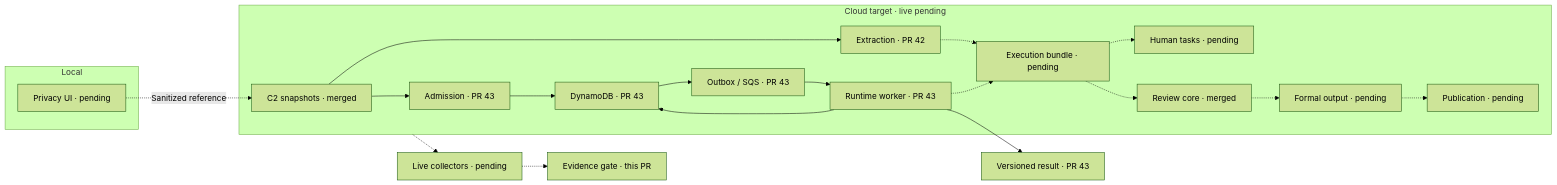
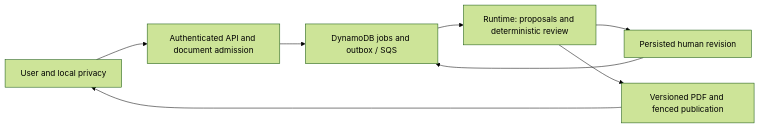
Before and after one commit to chengruchou/newtaipei-appraisal-review-ai: the second of 2 diagrams in docs/architecture.md, drawn with Mermaid (forest theme). The commit also changed other lines of this file and 42 other files, not shown here.

````diff
--- a/docs/architecture.md
+++ b/docs/architecture.md
@@ -5,24 +103,10 @@
 ```mermaid
 flowchart LR
-  subgraph Local
-    P["Privacy UI · pending"]
-  end
-  subgraph Cloud["Cloud target · live pending"]
-    D["C2 snapshots · merged"] --> E["Extraction · PR 42"]
-    D --> J["Admission · PR 43"]
-    J --> DB["DynamoDB · PR 43"]
-    DB --> Q["Outbox / SQS · PR 43"]
-    Q --> R["Runtime worker · PR 43"]
-    R --> DB
-    R -.-> B["Execution bundle · pending"]
-    E -.-> B
-    B -.-> H["Human tasks · pending"]
-    B -.-> V["Review core · merged"]
-    V -.-> W["Formal output · pending"]
-    W -.-> A["Publication · pending"]
-  end
-  P -.->|Sanitized reference| D
-  R --> S["Versioned result · PR 43"]
-  Cloud -.-> C["Live collectors · pending"]
-  C -.-> G["Evidence gate · this PR"]
+    U["User and local privacy"] --> A["Authenticated API and document admission"]
+    A --> J["DynamoDB jobs and outbox / SQS"]
+    J --> R["Runtime: proposals and deterministic review"]
+    R --> H["Persisted human revision"]
+    H --> J
+    R --> P["Versioned PDF and fenced publication"]
+    P --> U
 ```
````
